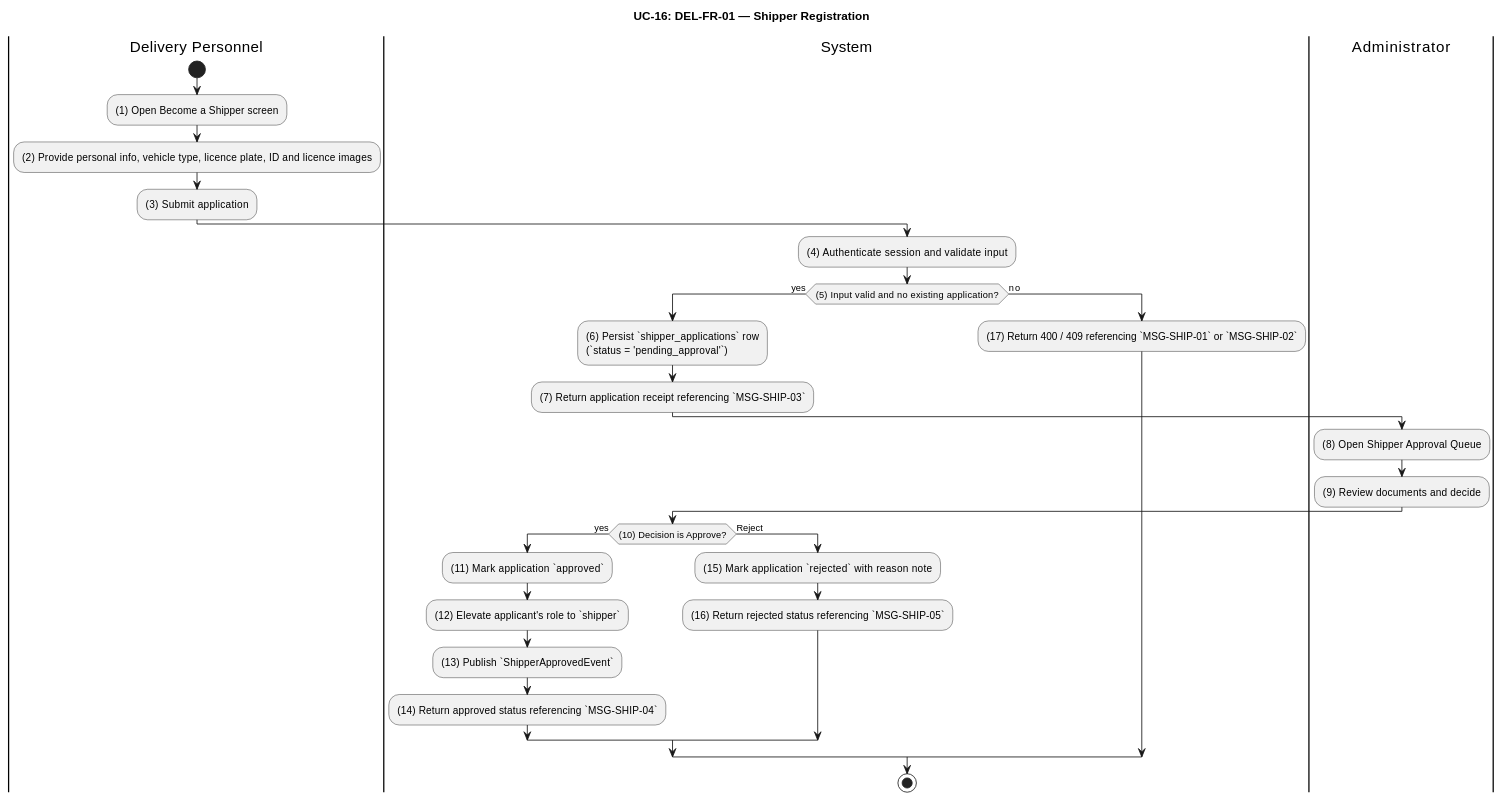
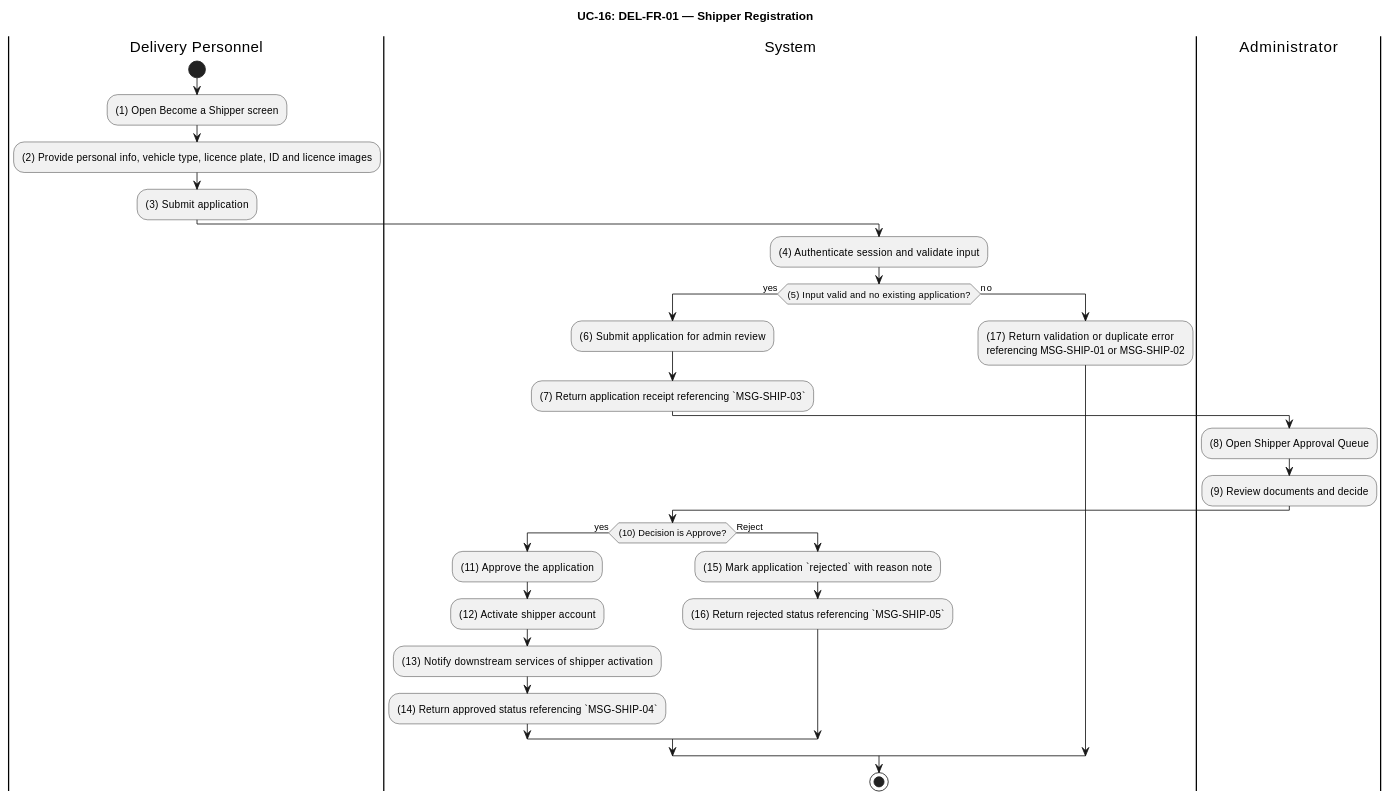
One commit to luubinhdeptrai/Food_Delivery changed diagram 16 of 26 in apps/api/docs/Final_Documents/SRS_FoodDelivery.md. Above: the diagram before and after it, drawn with PlantUML. The commit also changed other lines of this file, not shown here.

````diff
--- a/apps/api/docs/Final_Documents/SRS_FoodDelivery.md
+++ b/apps/api/docs/Final_Documents/SRS_FoodDelivery.md
@@ -1159,37 +1179,37 @@
 ```plantuml
 @startuml UC16-ShipperRegistration
 title UC-16: DEL-FR-01 — Shipper Registration
 skinparam ConditionEndStyle hline
 
 |Delivery Personnel|
 start
 :(1) Open Become a Shipper screen;
 :(2) Provide personal info, vehicle type, licence plate, ID and licence images;
 :(3) Submit application;
 
 |System|
 :(4) Authenticate session and validate input;
 if ((5) Input valid and no existing application?) then (yes)
-  :(6) Persist `shipper_applications` row\n(`status = 'pending_approval'`);
+  :(6) Submit application for admin review;
   :(7) Return application receipt referencing `MSG-SHIP-03`;
 
   |Administrator|
   :(8) Open Shipper Approval Queue;
   :(9) Review documents and decide;
 
   |System|
   if ((10) Decision is Approve?) then (yes)
-    :(11) Mark application `approved`;
-    :(12) Elevate applicant's role to `shipper`;
-    :(13) Publish `ShipperApprovedEvent`;
+    :(11) Approve the application;
+    :(12) Activate shipper account;
+    :(13) Notify downstream services of shipper activation;
     :(14) Return approved status referencing `MSG-SHIP-04`;
   else (Reject)
     :(15) Mark application `rejected` with reason note;
     :(16) Return rejected status referencing `MSG-SHIP-05`;
   endif
 else (no)
-  :(17) Return 400 / 409 referencing `MSG-SHIP-01` or `MSG-SHIP-02`;
+  :(17) Return validation or duplicate error\nreferencing MSG-SHIP-01 or MSG-SHIP-02;
 endif
 stop
 @enduml
 ```
````
